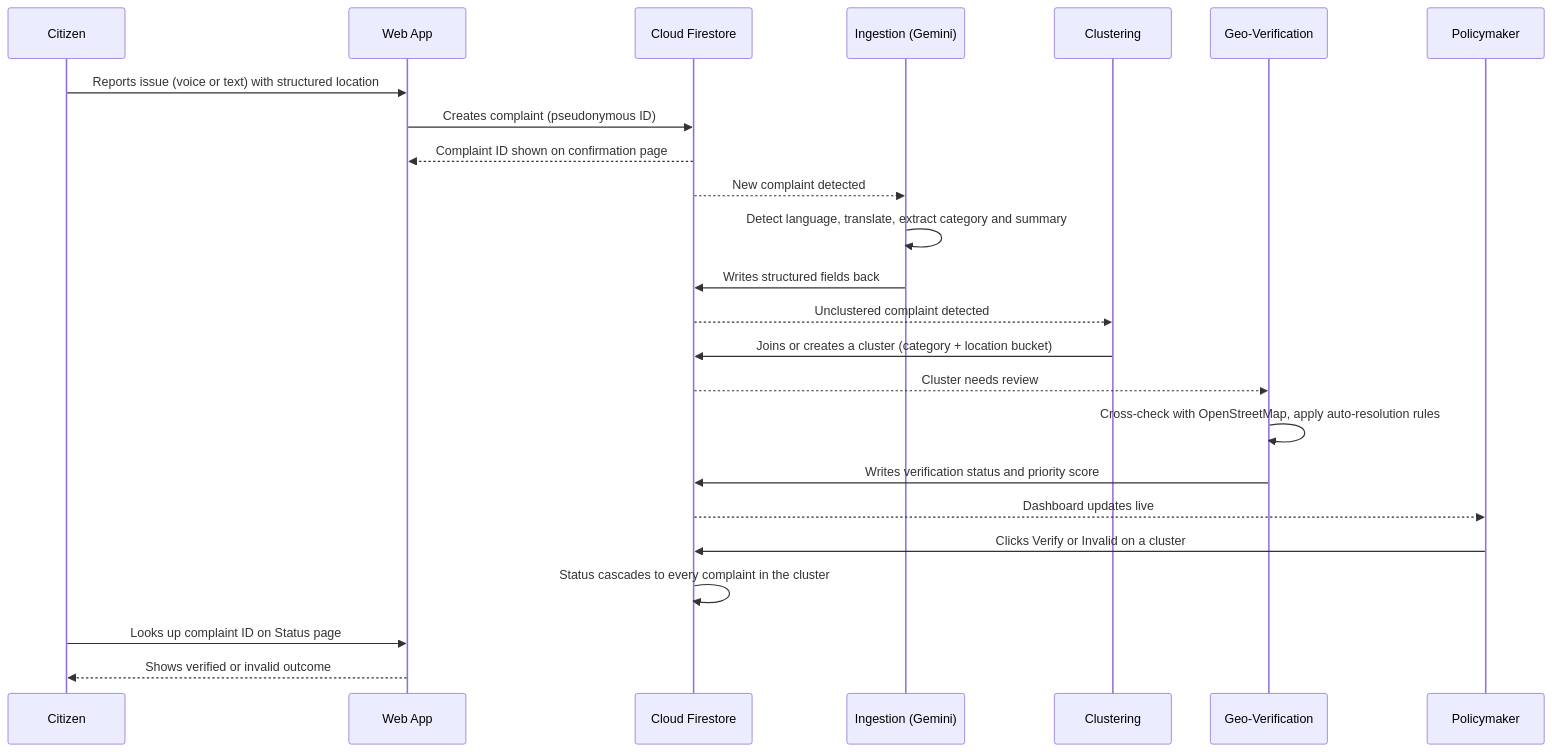
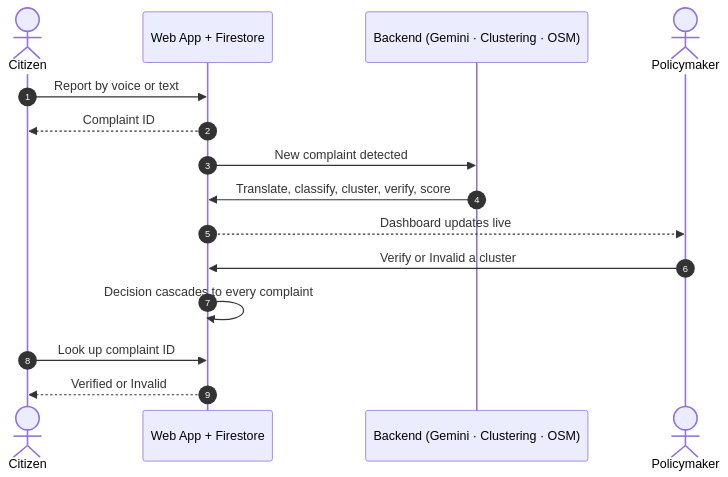
One commit to dev-duet/pledoc-app changed the second of 2 diagrams in README.md. Above: the diagram before and after it, drawn with Mermaid. The commit also changed other lines of this file, not shown here.

````diff
--- a/README.md
+++ b/README.md
@@ -111,27 +101,18 @@
 ```mermaid
 sequenceDiagram
-    participant Citizen
-    participant WebApp as Web App
-    participant Firestore as Cloud Firestore
-    participant Ingest as Ingestion (Gemini)
-    participant Cluster as Clustering
-    participant Geo as Geo-Verification
-    participant Policy as Policymaker
+    autonumber
+    actor C as Citizen
+    participant W as Web App + Firestore
+    participant B as Backend (Gemini · Clustering · OSM)
+    actor P as Policymaker
 
-    Citizen->>WebApp: Reports issue (voice or text) with structured location
-    WebApp->>Firestore: Creates complaint (pseudonymous ID)
-    Firestore-->>WebApp: Complaint ID shown on confirmation page
-    Firestore-->>Ingest: New complaint detected
-    Ingest->>Ingest: Detect language, translate, extract category and summary
-    Ingest->>Firestore: Writes structured fields back
-    Firestore-->>Cluster: Unclustered complaint detected
-    Cluster->>Firestore: Joins or creates a cluster (category + location bucket)
-    Firestore-->>Geo: Cluster needs review
-    Geo->>Geo: Cross-check with OpenStreetMap, apply auto-resolution rules
-    Geo->>Firestore: Writes verification status and priority score
-    Firestore-->>Policy: Dashboard updates live
-    Policy->>Firestore: Clicks Verify or Invalid on a cluster
-    Firestore->>Firestore: Status cascades to every complaint in the cluster
-    Citizen->>WebApp: Looks up complaint ID on Status page
-    WebApp-->>Citizen: Shows verified or invalid outcome
+    C->>W: Report by voice or text
+    W-->>C: Complaint ID
+    W->>B: New complaint detected
+    B->>W: Translate, classify, cluster, verify, score
+    W-->>P: Dashboard updates live
+    P->>W: Verify or Invalid a cluster
+    W->>W: Decision cascades to every complaint
+    C->>W: Look up complaint ID
+    W-->>C: Verified or Invalid
 ```
````
